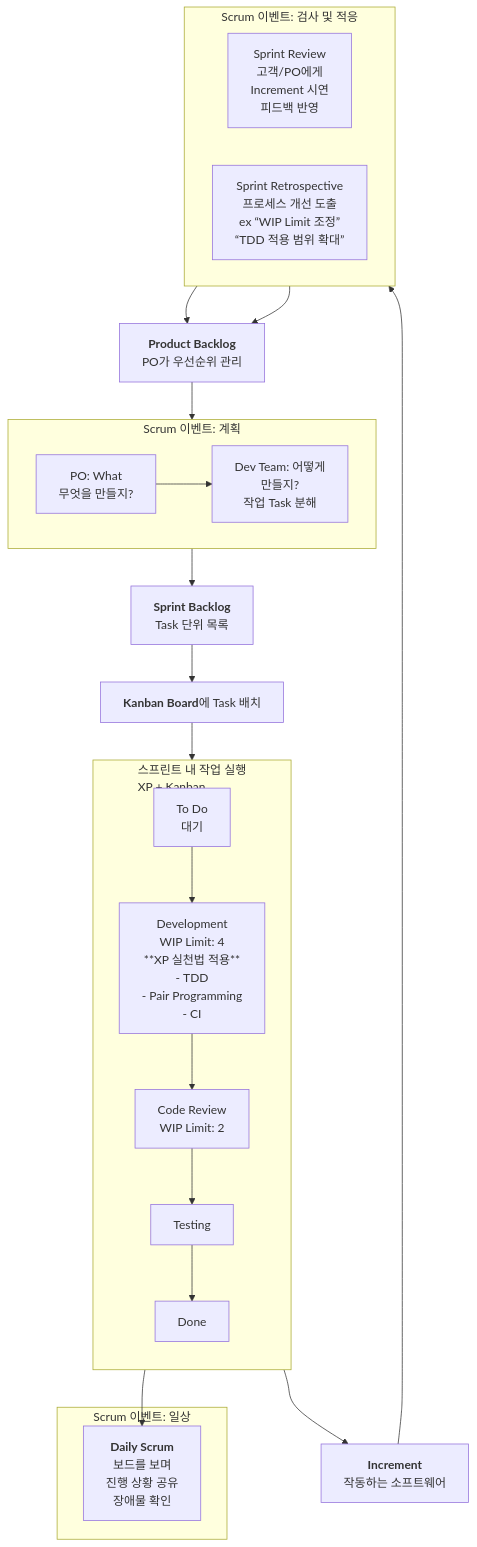
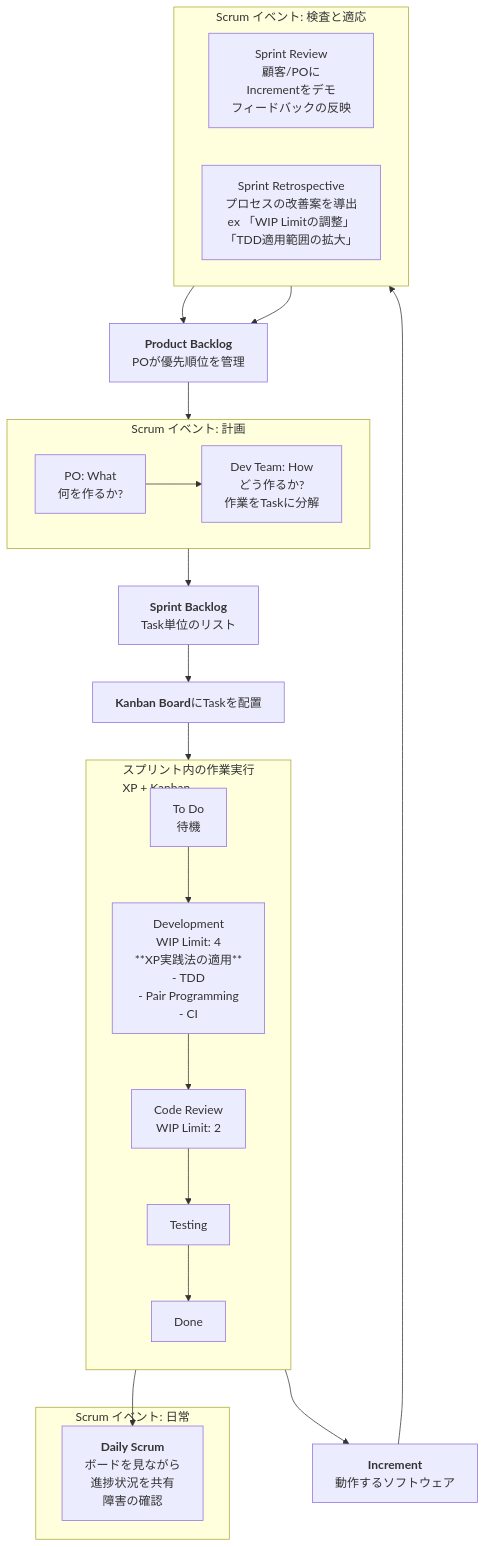
One commit to DramaticCollaboration/empasy.io changed the diagram in docs/ja/agile/xp_scrum_kanban.md. Above: the diagram before and after it, drawn with Mermaid. The commit also changed other lines of this file and 77 other files, not shown here.

````diff
--- a/docs/ja/agile/xp_scrum_kanban.md
+++ b/docs/ja/agile/xp_scrum_kanban.md
@@ -186,39 +178,39 @@
 ```mermaid
 flowchart TD
-    A[<b>Product Backlog</b><br>PO가 우선순위 관리] --> B[Sprint Planning Meeting];
+    A[<b>Product Backlog</b><br>POが優先順位を管理] --> B[Sprint Planning Meeting];
 
-    subgraph B [Scrum 이벤트: 계획]
+    subgraph B [Scrum イベント: 計画]
         direction LR
-        B1[PO: What<br>무엇을 만들지?] --> B2[Dev Team: 어떻게<br>만들지?<br>작업 Task 분해];
+        B1[PO: What<br>何を作るか?] --> B2[Dev Team: How<br>どう作るか?<br>作業をTaskに分解];
     end
 
-    B --> C[<b>Sprint Backlog</b><br>Task 단위 목록];
-    C --> D[<b>Kanban Board</b>에 Task 배치];
+    B --> C[<b>Sprint Backlog</b><br>Task単位のリスト];
+    C --> D[<b>Kanban Board</b>にTaskを配置];
 
-    subgraph E [스프린트 내 작업 실행<br>XP + Kanban]
+    subgraph E [スプリント内の作業実行<br>XP + Kanban]
         direction TB
-        F[To Do<br>대기] --> G[Development<br>WIP Limit: 4<br>**XP 실천법 적용**<br>- TDD<br>- Pair Programming<br>- CI];
+        F[To Do<br>待機] --> G[Development<br>WIP Limit: 4<br>**XP実践法の適用**<br>- TDD<br>- Pair Programming<br>- CI];
         G --> H[Code Review<br>WIP Limit: 2];
         H --> I[Testing];
         I --> J[Done];
     end
 
     D --> E;
 
-    subgraph K [Scrum 이벤트: 일상]
-        L[<b>Daily Scrum</b><br>보드를 보며<br>진행 상황 공유<br>장애물 확인];
+    subgraph K [Scrum イベント: 日常]
+        L[<b>Daily Scrum</b><br>ボードを見ながら<br>進捗状況を共有<br>障害の確認];
     end
 
     E --> L;
-    J --> M[<b>Increment</b><br>작동하는 소프트웨어];
+    J --> M[<b>Increment</b><br>動作するソフトウェア];
 
-    subgraph N [Scrum 이벤트: 검사 및 적응]
+    subgraph N [Scrum イベント: 検査と適応]
         direction LR
-        O[Sprint Review<br>고객/PO에게<br>Increment 시연<br>피드백 반영];
-        P[Sprint Retrospective<br>프로세스 개선 도출<br>ex “WIP Limit 조정”<br>“TDD 적용 범위 확대”];
+        O[Sprint Review<br>顧客/POに<br>Incrementをデモ<br>フィードバックの反映];
+        P[Sprint Retrospective<br>プロセスの改善案を導出<br>ex 「WIP Limitの調整」<br>「TDD適用範囲の拡大」];
     end
 
     M --> N;
     O --> A;
     P --> A;
 ```
````
